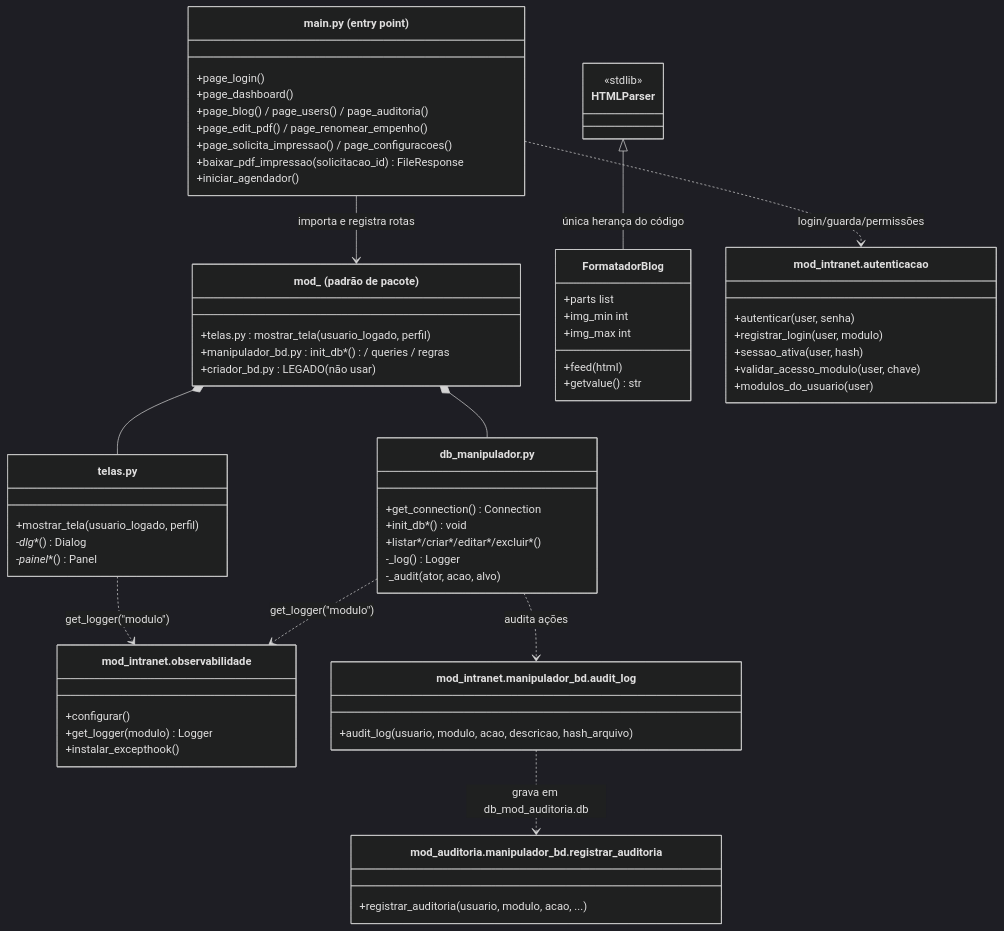
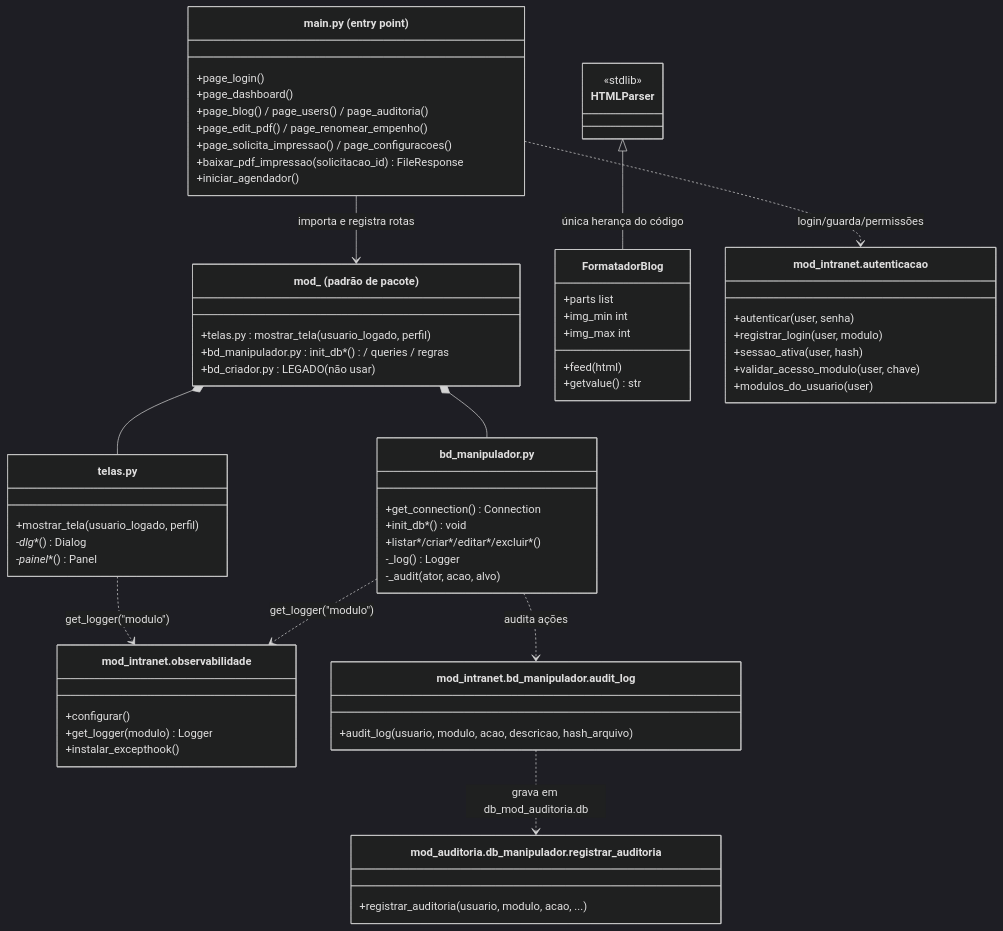
Before and after one commit to klaytonPrinceMS/intranet: the third of 3 diagrams in docs/requisitos.md, drawn with Mermaid (dark theme). The commit also changed other lines of this file and 50 other files, not shown here.

````diff
--- a/docs/requisitos.md
+++ b/docs/requisitos.md
@@ -473,67 +473,67 @@
 ```mermaid
 classDiagram
     class main_py["main.py (entry point)"] {
         +page_login()
         +page_dashboard()
         +page_blog() / page_users() / page_auditoria()
         +page_edit_pdf() / page_renomear_empenho()
         +page_solicita_impressao() / page_configuracoes()
         +baixar_pdf_impressao(solicitacao_id) FileResponse
         +iniciar_agendador()
     }
     class ModuloNegocio["mod_<nome> (padrão de pacote)"] {
         +telas.py : mostrar_tela(usuario_logado, perfil)
-        +manipulador_bd.py : init_db*() / queries / regras
-        +criador_bd.py : LEGADO (não usar)
+        +bd_manipulador.py : init_db*() / queries / regras
+        +bd_criador.py : LEGADO (não usar)
     }
-    class ManipuladorBD["db_manipulador.py"] {
+    class ManipuladorBD["bd_manipulador.py"] {
         +get_connection() Connection
         +init_db*() void
         +listar*/criar*/editar*/excluir*()
         -_log() Logger
         -_audit(ator, acao, alvo)
     }
     class Telas["telas.py"] {
         +mostrar_tela(usuario_logado, perfil)
         -_dlg_*() Dialog
         -_painel_*() Panel
     }
     class FormatadorBlog {
         +parts list
         +img_min int
         +img_max int
         +feed(html)
         +getvalue() str
     }
     class HTMLParser {
         <<stdlib>>
     }
     class Observabilidade["mod_intranet.observabilidade"] {
         +configurar()
         +get_logger(modulo) Logger
         +instalar_excepthook()
     }
     class Autenticacao["mod_intranet.autenticacao"] {
         +autenticar(user, senha)
         +registrar_login(user, modulo)
         +sessao_ativa(user, hash)
         +validar_acesso_modulo(user, chave)
         +modulos_do_usuario(user)
     }
-    class AuditLog["mod_intranet.manipulador_bd.audit_log"] {
+    class AuditLog["mod_intranet.bd_manipulador.audit_log"] {
         +audit_log(usuario, modulo, acao, descricao, hash_arquivo)
     }
-    class RegistrarAuditoria["mod_auditoria.manipulador_bd.registrar_auditoria"] {
+    class RegistrarAuditoria["mod_auditoria.db_manipulador.registrar_auditoria"] {
         +registrar_auditoria(usuario, modulo, acao, ...)
     }
 
     main_py --> ModuloNegocio : importa e registra rotas
     ModuloNegocio *-- ManipuladorBD
     ModuloNegocio *-- Telas
     HTMLParser <|-- FormatadorBlog : única herança do código
     Telas ..> Observabilidade : get_logger("modulo")
     ManipuladorBD ..> Observabilidade : get_logger("modulo")
     ManipuladorBD ..> AuditLog : audita ações
     AuditLog ..> RegistrarAuditoria : grava em db_mod_auditoria.db
     main_py ..> Autenticacao : login/guarda/permissões
 ```
````
